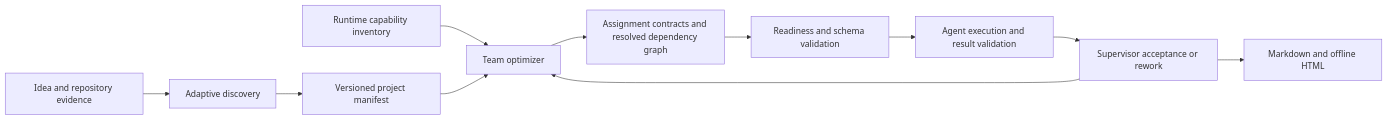
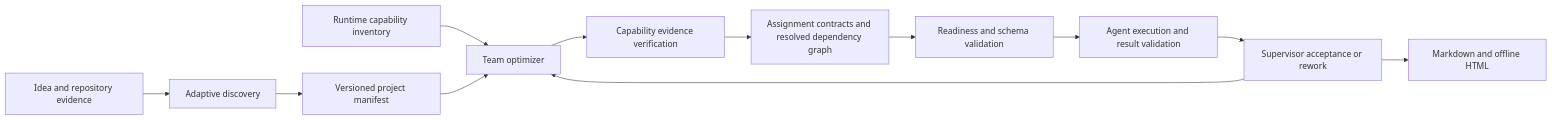
Before and after one commit to trinadhthatakula/ProjectForge: the diagram in references/architecture.md, drawn with Mermaid. The commit also changed other lines of this file and 19 other files, not shown here.

Commit message:
Add evidence-based capability verification

````diff
--- a/references/architecture.md
+++ b/references/architecture.md
@@ -22,13 +22,14 @@
 ```mermaid
 flowchart LR
   I[Idea and repository evidence] --> D[Adaptive discovery]
   D --> M[Versioned project manifest]
   R[Role catalogue] --> T[Team optimizer]
   C[Runtime capability inventory] --> T
   M --> T
-  T --> A[Assignment contracts and resolved dependency graph]
-  A --> V[Readiness and schema validation]
-  V --> X[Agent execution and result validation]
+  T --> V[Capability evidence verification]
+  V --> A[Assignment contracts and resolved dependency graph]
+  A --> Q[Readiness and schema validation]
+  Q --> X[Agent execution and result validation]
   X --> R[Supervisor acceptance or rework]
   R --> G[Markdown and offline HTML]
 ```
````
